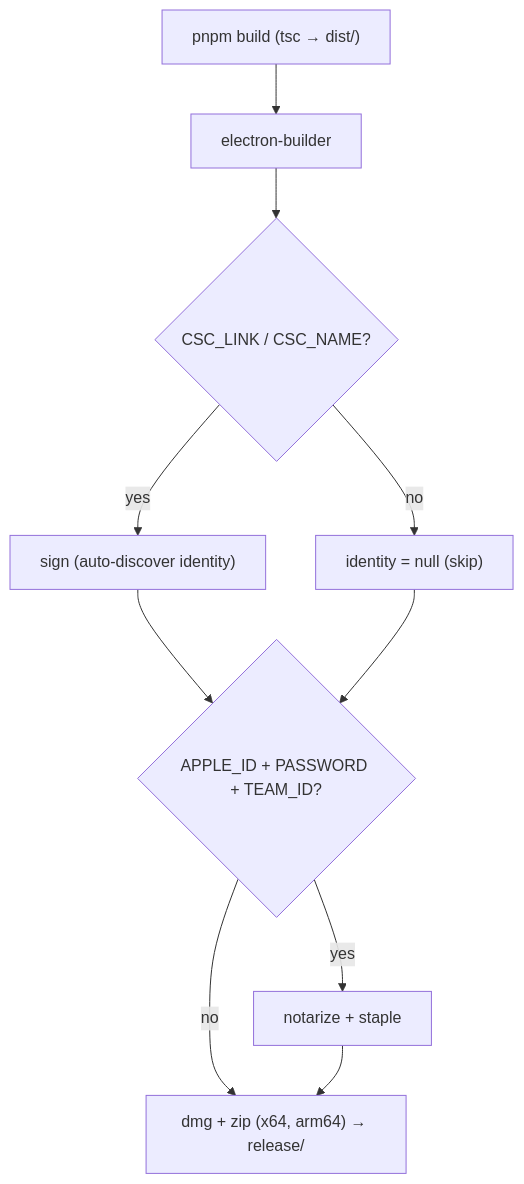
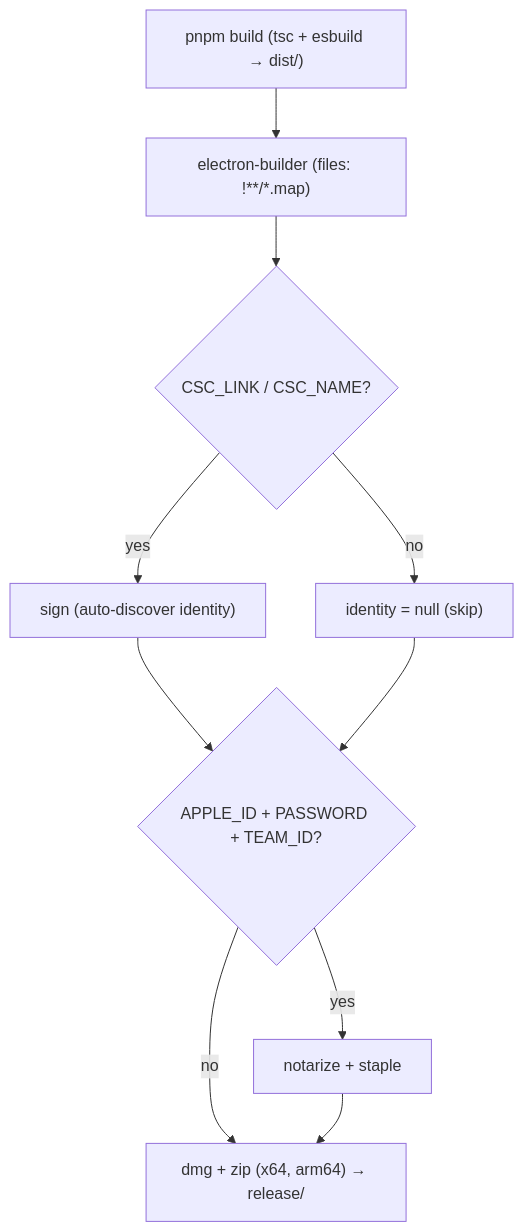
One commit to tangentlin/burnbar changed the diagram in docs/modules/packaging.md. Above: the diagram before and after it, drawn with Mermaid. The commit also changed other lines of this file and 60 other files, not shown here.

````diff
--- a/docs/modules/packaging.md
+++ b/docs/modules/packaging.md
@@ -32,12 +32,12 @@
 ```mermaid
 flowchart TD
-    build["pnpm build (tsc → dist/)"] --> eb["electron-builder"]
+    build["pnpm build (tsc + esbuild → dist/)"] --> eb["electron-builder (files: !**/*.map)"]
     eb --> sign{"CSC_LINK / CSC_NAME?"}
     sign -- yes --> signed["sign (auto-discover identity)"]
     sign -- no --> unsigned["identity = null (skip)"]
     signed --> notar{"APPLE_ID + PASSWORD + TEAM_ID?"}
     unsigned --> notar
     notar -- yes --> stapled["notarize + staple"]
     notar -- no --> done["dmg + zip (x64, arm64) → release/"]
     stapled --> done
 ```
````
